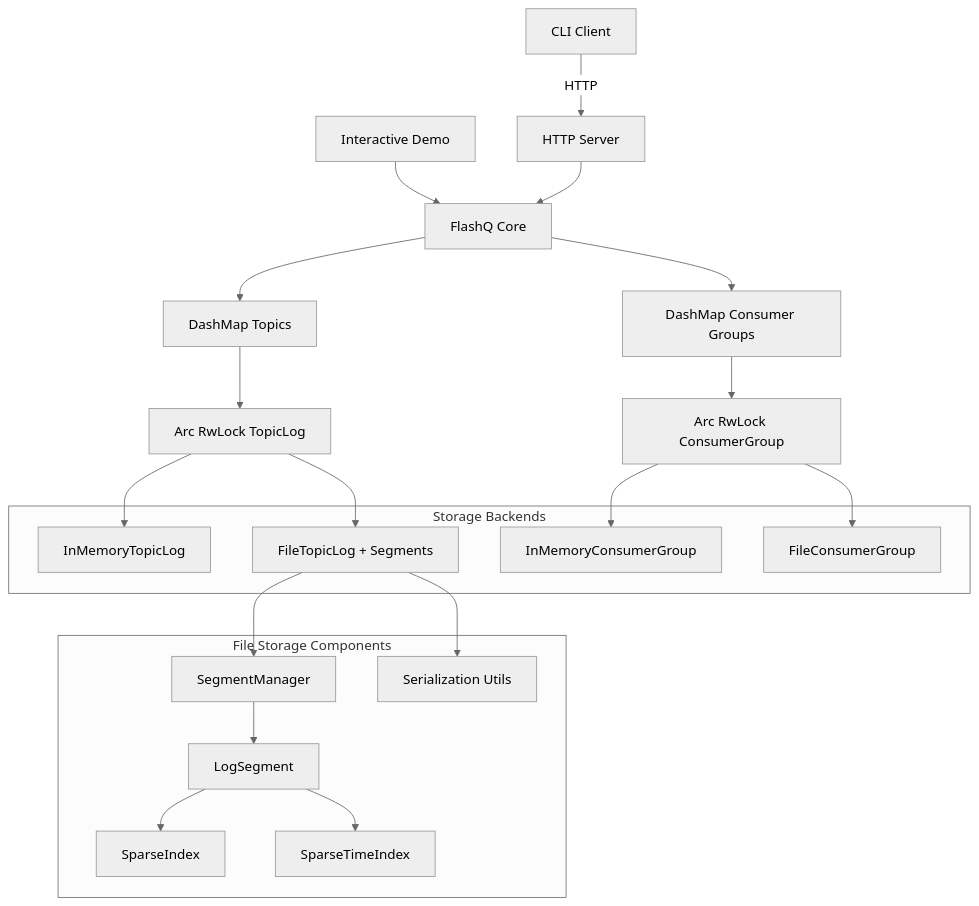
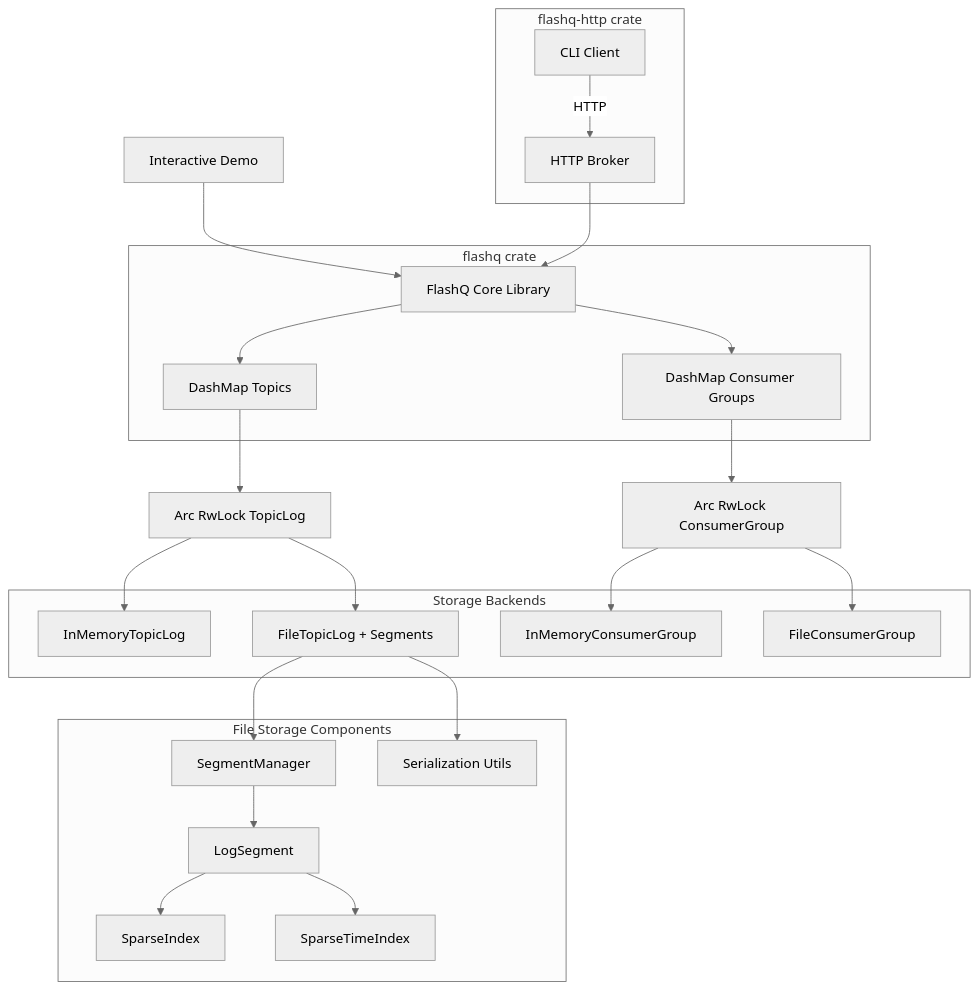
Before and after one commit to harshitmahapatra/flashq: the first of 2 diagrams in docs/architecture.md, drawn with Mermaid (neutral theme). The commit also changed other lines of this file and 105 other files, not shown here.

````diff
--- a/docs/architecture.md
+++ b/docs/architecture.md
@@ -7,38 +7,49 @@
 ```mermaid
 graph TD
-    A[CLI Client] -->|HTTP| B[HTTP Server]
-    C[Interactive Demo] --> D[FlashQ Core]
+    A[CLI Client] -->|HTTP| B[HTTP Broker]
+    C[Interactive Demo] --> D[FlashQ Core Library]
     B --> D
     
-    D --> E[DashMap Topics]
-    D --> F[DashMap Consumer Groups]
+    subgraph "flashq-http crate"
+        B
+        A
+    end
+    
+    subgraph "flashq crate"
+        D
+        E[DashMap Topics]
+        F[DashMap Consumer Groups]
+    end
+    
+    D --> E
+    D --> F
     
     E --> G[Arc RwLock TopicLog]
     F --> H[Arc RwLock ConsumerGroup]
     
     subgraph "Storage Backends"
         I[InMemoryTopicLog]
         J[FileTopicLog + Segments]
         K[InMemoryConsumerGroup]
         L[FileConsumerGroup]
     end
     
     subgraph "File Storage Components"
         M[SegmentManager]
         N[LogSegment]
         O[SparseIndex]
         Q[SparseTimeIndex]
         P[Serialization Utils]
     end
     
     J --> M
     M --> N
     N --> O
     N --> Q
     J --> P
     
     G --> I
     G --> J
     H --> K
     H --> L
 ```
````
